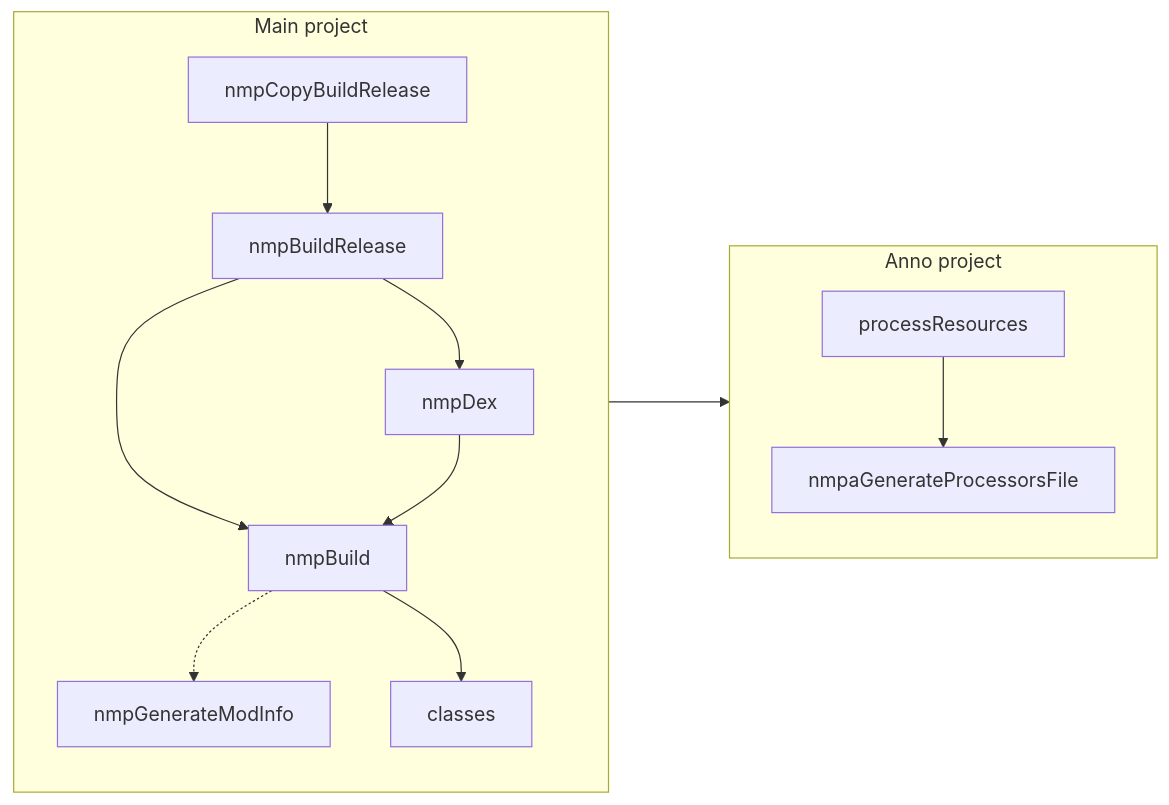
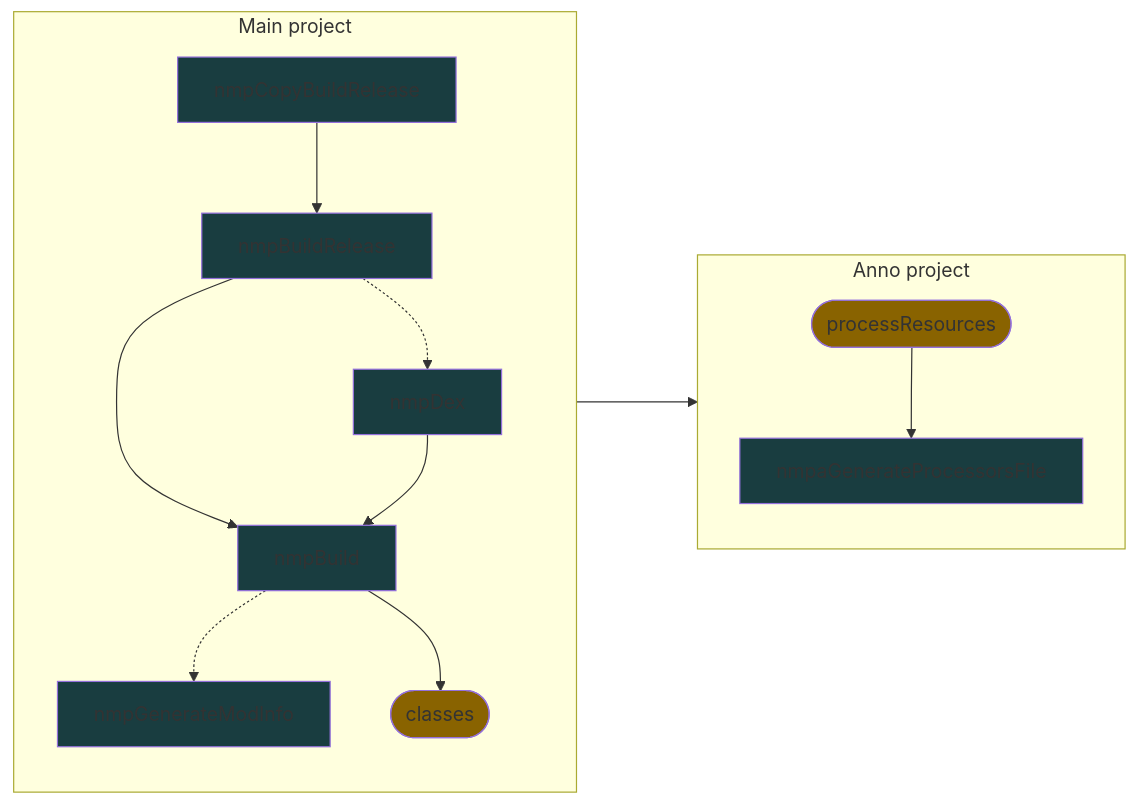
One commit to nekit508/mindustry-mod-plugin changed the diagram in README.md. Above: the diagram before and after it, drawn with Mermaid. The commit also changed other lines of this file, not shown here.

Commit message:
colored graph

````diff
--- a/README.md
+++ b/README.md
@@ -77,19 +81,32 @@
 ```mermaid
 graph LR;
+    classDef nmpTask fill:#193d40
+    classDef defTask fill:#896300
+    
     subgraph mainProject [Main project]
         direction TB
         nmpCopyBuildRelease-->nmpBuildRelease
-        nmpBuildRelease-->nmpDex
+        nmpBuildRelease-.->nmpDex
         nmpBuildRelease-->nmpBuild
         nmpDex-->nmpBuild
         nmpBuild-.->nmpGenerateModInfo
-        nmpBuild-->classes
+        nmpBuild-->classes([classes])
     end
     
     subgraph annoProject [Anno project]
         direction TB
-        processResources-->nmpaGenerateProcessorsFile
+        processResources([processResources])-->nmpaGenerateProcessorsFile
     end
+    
+    class nmpCopyBuildRelease nmpTask
+    class nmpBuildRelease nmpTask
+    class nmpDex nmpTask
+    class nmpBuild nmpTask
+    class nmpGenerateModInfo nmpTask
+    class nmpaGenerateProcessorsFile nmpTask
+        
+    class classes defTask
+    class processResources defTask
     
     mainProject ---> annoProject
 ```
````
